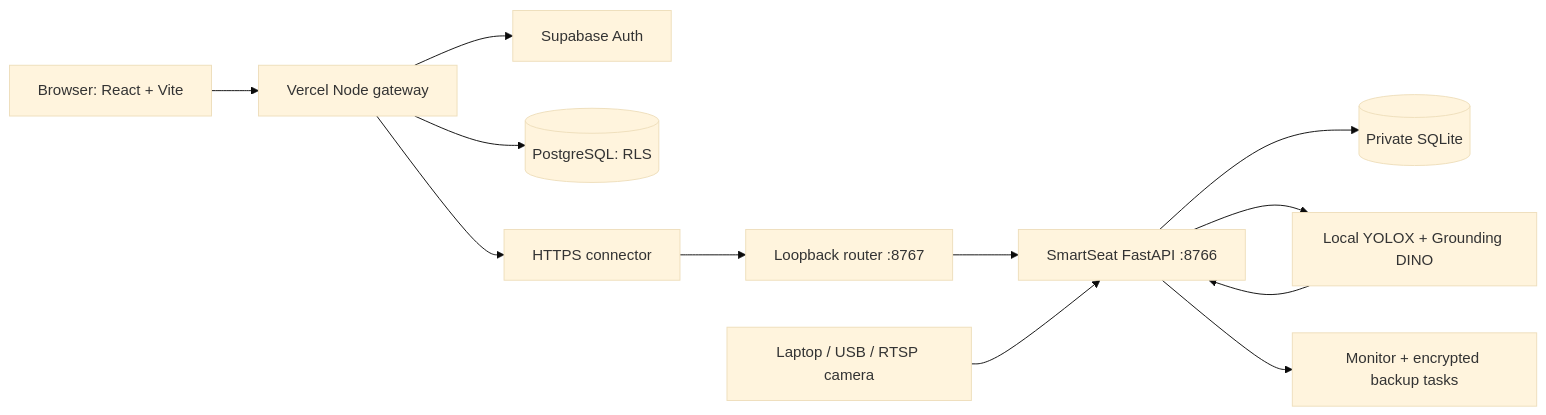
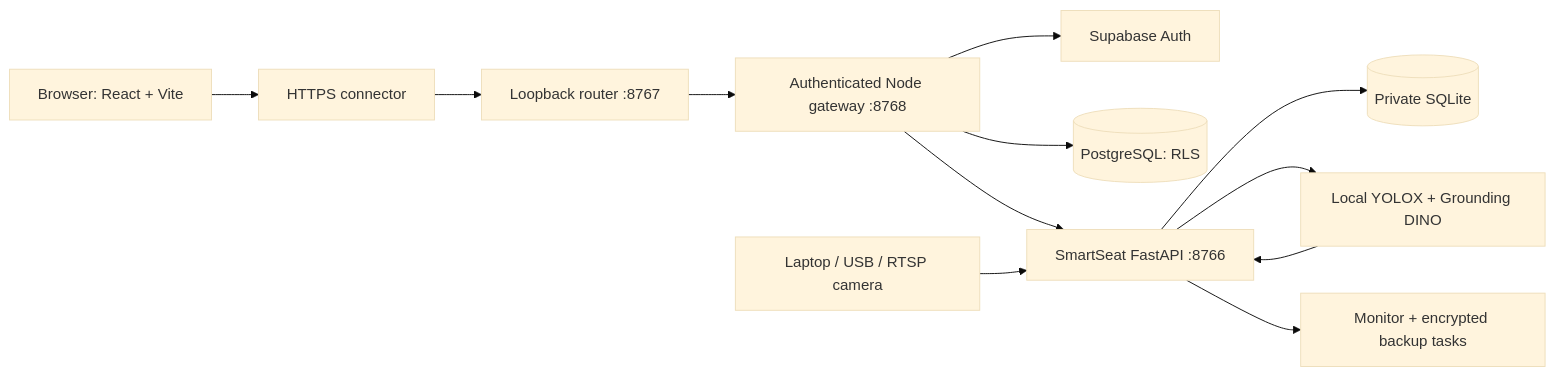
Before and after one commit to 9059Rohith/smartseat-ai: the diagram in README.md, drawn with Mermaid (base theme). The commit also changed other lines of this file and 27 other files, not shown here.

````diff
--- a/README.md
+++ b/README.md
@@ -153,14 +153,14 @@
 ```mermaid
 flowchart LR
-  B[Browser: React + Vite] --> G[Vercel Node gateway]
+  B[Browser: React + Vite] --> T[HTTPS connector]
+  T --> R[Loopback router :8767]
+  R --> G[Authenticated Node gateway :8768]
   G --> A[Supabase Auth]
   G --> P[(PostgreSQL: RLS)]
-  G --> T[HTTPS connector]
-  T --> R[Loopback router :8767]
-  R --> E[SmartSeat FastAPI :8766]
+  G --> E[SmartSeat FastAPI :8766]
   E --> D[(Private SQLite)]
   C[Laptop / USB / RTSP camera] --> E
   E --> Y[Local YOLOX + Grounding DINO]
   Y --> E
   E --> O[Monitor + encrypted backup tasks]
 ```
````
